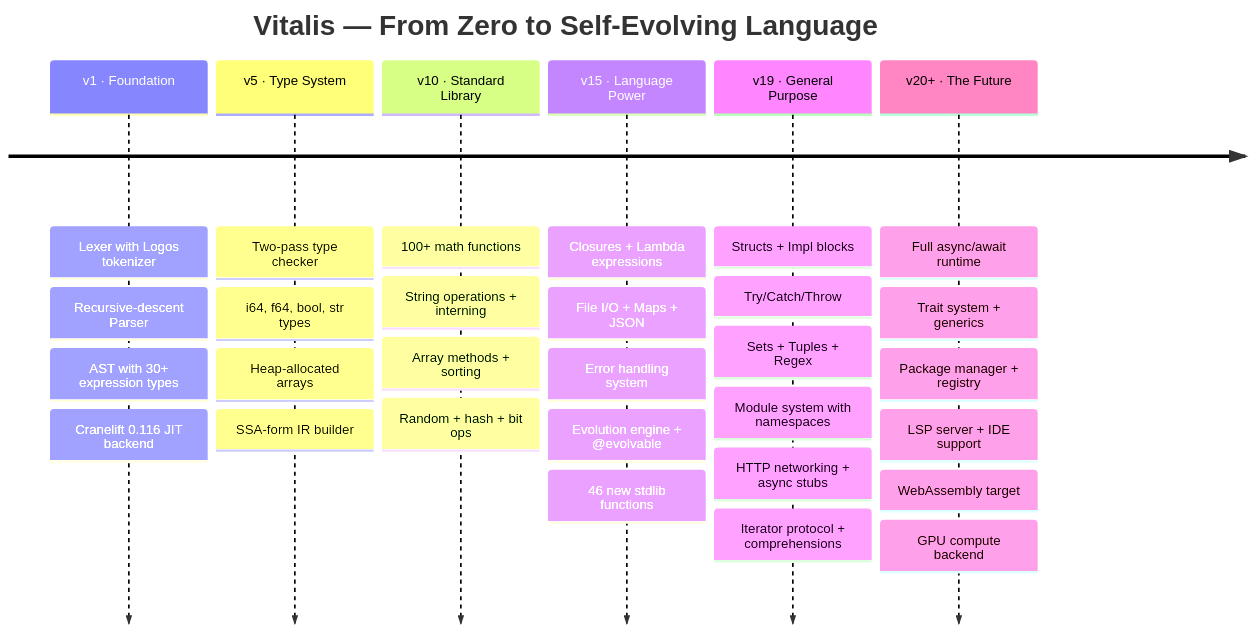
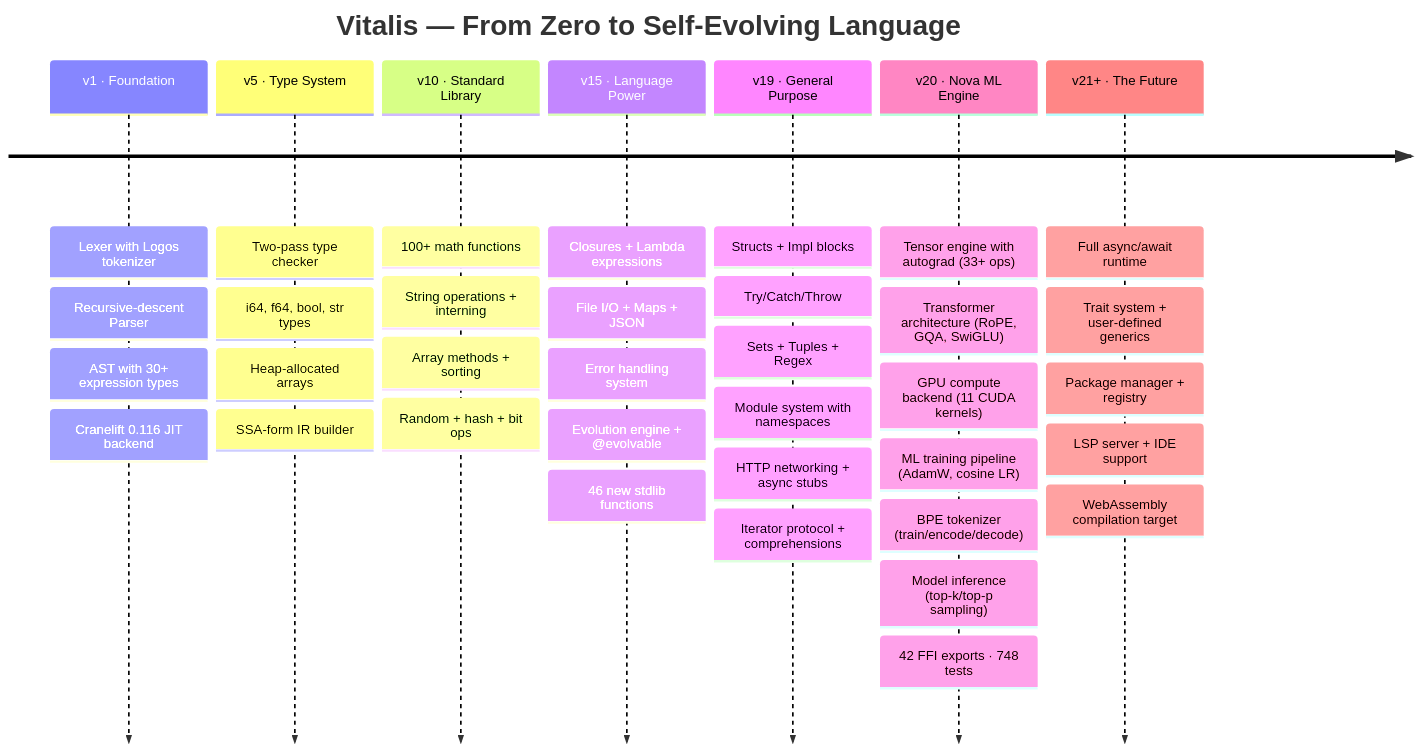
One commit to ModernOps888/vitalis changed the eighth of 8 diagrams in README.md. Above: the diagram before and after it, drawn with Mermaid. The commit also changed other lines of this file and 1 other file, not shown here.

First line of the commit message:
docs: v20.0.0 README + CHANGELOG — Nova ML Engine, updated stats, revised roadmap

````diff
--- a/README.md
+++ b/README.md
@@ -915,45 +1038,53 @@
 ```mermaid
 timeline
     title Vitalis — From Zero to Self-Evolving Language
 
     v1 · Foundation
         : Lexer with Logos tokenizer
         : Recursive-descent Parser
         : AST with 30+ expression types
         : Cranelift 0.116 JIT backend
 
     v5 · Type System
         : Two-pass type checker
         : i64, f64, bool, str types
         : Heap-allocated arrays
         : SSA-form IR builder
 
     v10 · Standard Library
         : 100+ math functions
         : String operations + interning
         : Array methods + sorting
         : Random + hash + bit ops
 
     v15 · Language Power
         : Closures + Lambda expressions
         : File I/O + Maps + JSON
         : Error handling system
         : Evolution engine + @evolvable
         : 46 new stdlib functions
 
     v19 · General Purpose
         : Structs + Impl blocks
         : Try/Catch/Throw
         : Sets + Tuples + Regex
         : Module system with namespaces
         : HTTP networking + async stubs
         : Iterator protocol + comprehensions
 
-    v20+ · The Future
+    v20 · Nova ML Engine
+        : Tensor engine with autograd (33+ ops)
+        : Transformer architecture (RoPE, GQA, SwiGLU)
+        : GPU compute backend (11 CUDA kernels)
+        : ML training pipeline (AdamW, cosine LR)
+        : BPE tokenizer (train/encode/decode)
+        : Model inference (top-k/top-p sampling)
+        : 42 FFI exports · 748 tests
+
+    v21+ · The Future
         : Full async/await runtime
-        : Trait system + generics
+        : Trait system + user-defined generics
         : Package manager + registry
         : LSP server + IDE support
-        : WebAssembly target
-        : GPU compute backend
+        : WebAssembly compilation target
 ```
````
